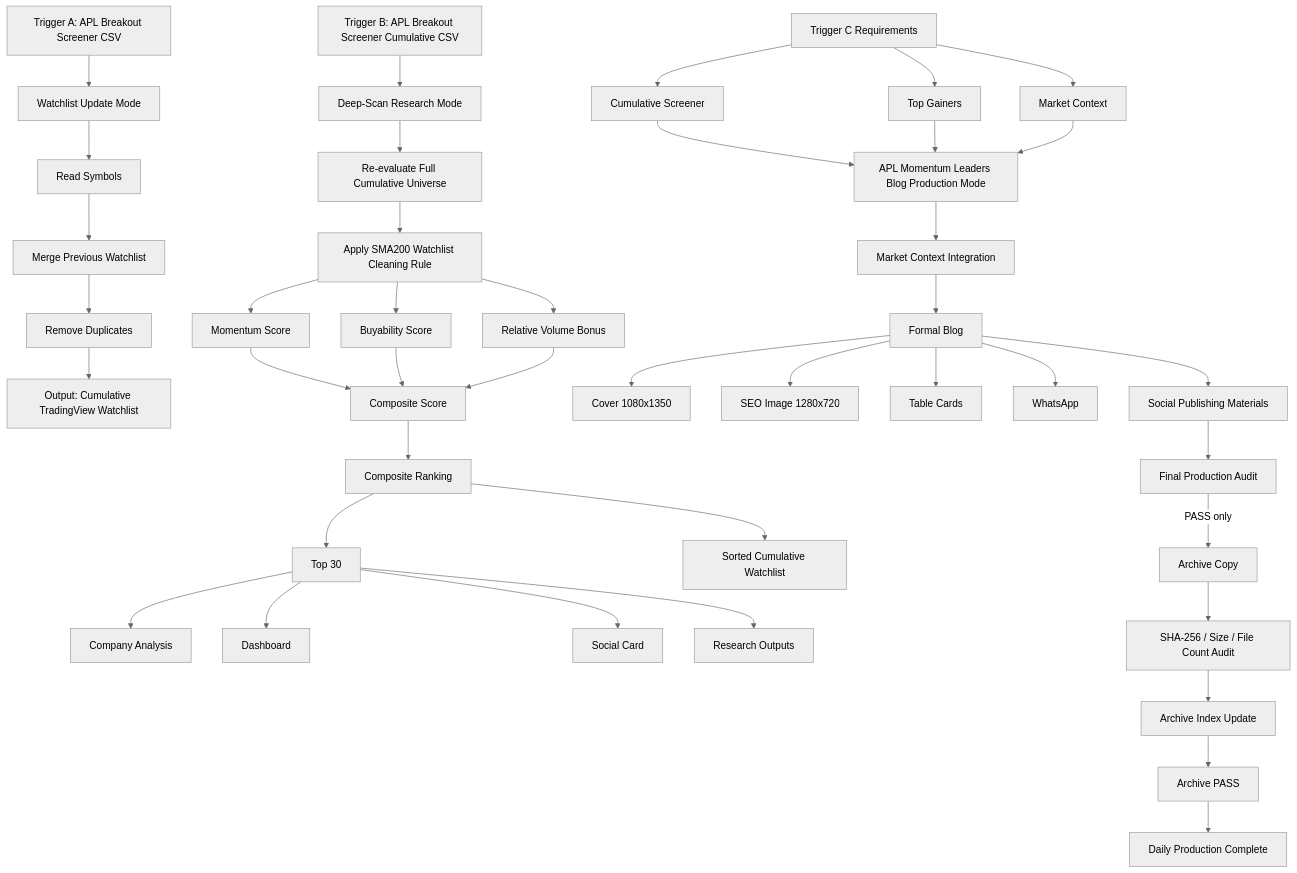
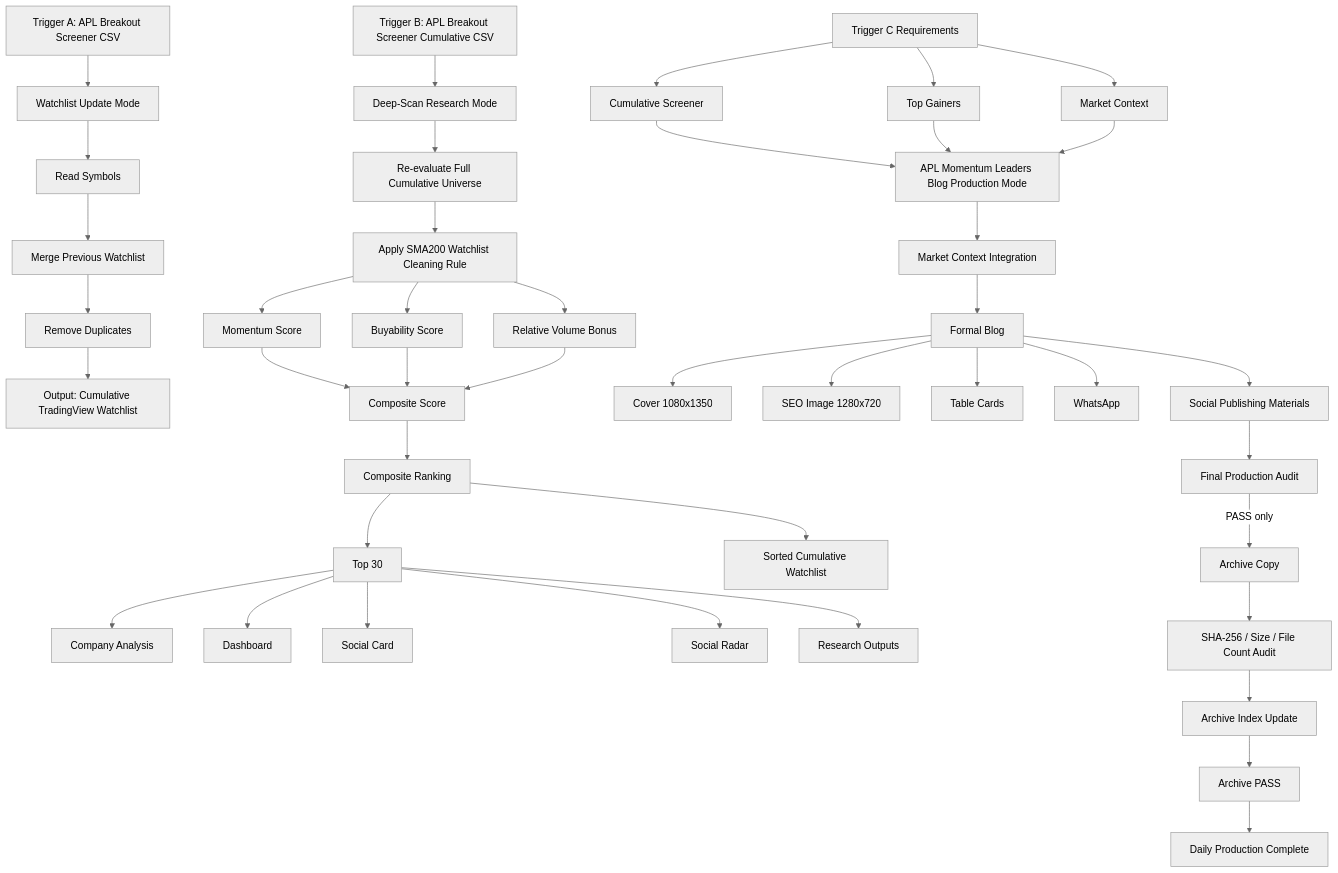
The diagram in APL_US_Stock_Production_Workflow_Specification_v1.0.md (MikeChowHub/APL-US-STOCK), drawn with Mermaid (neutral theme) before and after one commit. The commit also changed other lines of this file and 27 other files, not shown here.

Commit message:
feat: complete social radar production release

````diff
--- a/APL_US_Stock_Production_Workflow_Specification_v1.0.md
+++ b/APL_US_Stock_Production_Workflow_Specification_v1.0.md
@@ -284,47 +286,48 @@
 ```mermaid
 flowchart TD
     A["Trigger A: APL Breakout Screener CSV"] --> B["Watchlist Update Mode"]
     B --> B1["Read Symbols"]
     B1 --> B2["Merge Previous Watchlist"]
     B2 --> B3["Remove Duplicates"]
     B3 --> B4["Output: Cumulative TradingView Watchlist"]
 
     C["Trigger B: APL Breakout Screener Cumulative CSV"] --> D["Deep-Scan Research Mode"]
     D --> D1["Re-evaluate Full Cumulative Universe"]
     D1 --> D2["Apply SMA200 Watchlist Cleaning Rule"]
     D2 --> D3["Momentum Score"]
     D2 --> D4["Buyability Score"]
     D2 --> D5["Relative Volume Bonus"]
     D3 --> D6["Composite Score"]
     D4 --> D6
     D5 --> D6
     D6 --> D7["Composite Ranking"]
     D7 --> D8["Top 30"]
     D7 --> D9["Sorted Cumulative Watchlist"]
     D8 --> D10["Company Analysis"]
     D8 --> D11["Dashboard"]
     D8 --> D12["Social Card"]
-    D8 --> D13["Research Outputs"]
+    D8 --> D13["Social Radar"]
+    D8 --> D14["Research Outputs"]
 
     E["Trigger C Requirements"] --> F["Cumulative Screener"]
     E --> G["Top Gainers"]
     E --> H["Market Context"]
 
     F --> I["APL Momentum Leaders Blog Production Mode"]
     G --> I
     H --> I
 
     I --> I1["Market Context Integration"]
     I1 --> I2["Formal Blog"]
     I2 --> I3["Cover 1080x1350"]
     I2 --> I4["SEO Image 1280x720"]
     I2 --> I5["Table Cards"]
     I2 --> I6["WhatsApp"]
     I2 --> I7["Social Publishing Materials"]
     I7 --> I8["Final Production Audit"]
     I8 -->|"PASS only"| I9["Archive Copy"]
     I9 --> I10["SHA-256 / Size / File Count Audit"]
     I10 --> I11["Archive Index Update"]
     I11 --> I12["Archive PASS"]
     I12 --> I13["Daily Production Complete"]
 ```
````
